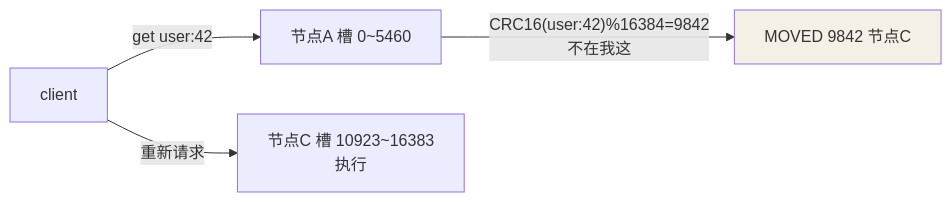
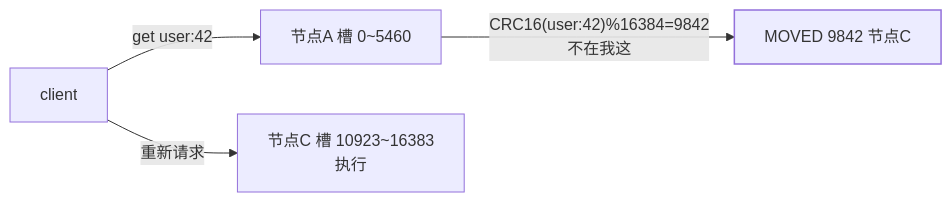
The fourth of 4 diagrams in src/content/docs/redis/advanced/ha/01-replication-sentinel-cluster.md (Loadhao/ascension), drawn with Mermaid before and after one commit. The commit also changed 87 other files, not shown here.

First line of the commit message:
fix: 全站图表配色改由主题接管，修复暗色主题下浅底浅字看不清

````diff
--- a/src/content/docs/redis/advanced/ha/01-replication-sentinel-cluster.md
+++ b/src/content/docs/redis/advanced/ha/01-replication-sentinel-cluster.md
@@ -85,8 +85,9 @@
 ```mermaid
 flowchart LR
     C["client"] -->|get user:42| N1["节点A 槽 0~5460"]
     N1 -->|"CRC16(user:42)%16384=9842<br/>不在我这"| MOVED["MOVED 9842 节点C"]
     C -->|重新请求| N3["节点C 槽 10923~16383<br/>执行"]
 
-    style MOVED fill:#f5f0e6
+    class MOVED hl
+    classDef hl stroke-width:1.5px
 ```
````
